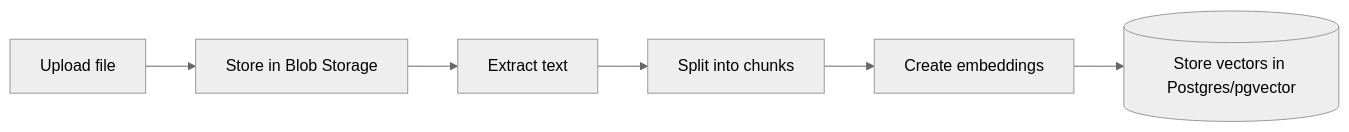
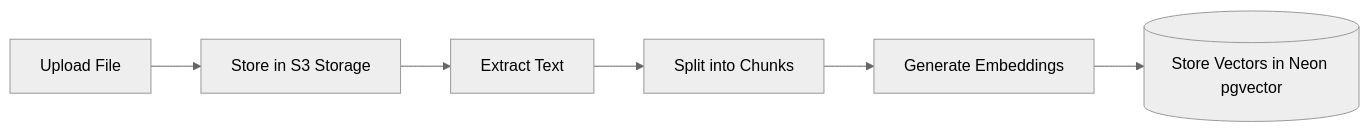
Before and after one commit to arvind05094/kiwiMind: the second of 3 diagrams in README.md, drawn with Mermaid (neutral theme). The commit also changed other lines of this file, not shown here.

Commit message:
docs: update README with live demo, architecture, and author profile links

````diff
--- a/README.md
+++ b/README.md
@@ -58,8 +67,8 @@
 ```mermaid
 flowchart LR
-    A[Upload file] --> B[Store in Blob Storage]
-    B --> C[Extract text]
-    C --> D[Split into chunks]
-    D --> E[Create embeddings]
-    E --> F[(Store vectors in Postgres/pgvector)]
+    A[Upload File] --> B[Store in S3 Storage]
+    B --> C[Extract Text]
+    C --> D[Split into Chunks]
+    D --> E[Generate Embeddings]
+    E --> F[(Store Vectors in Neon pgvector)]
 ```
````
